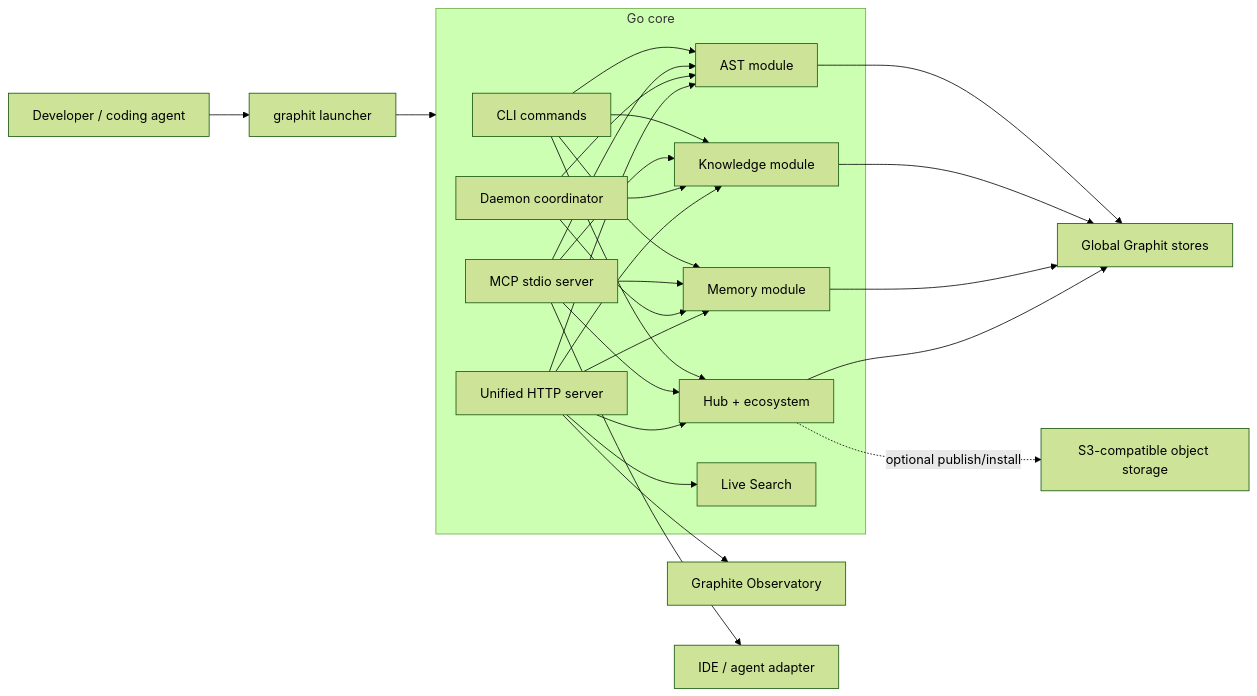
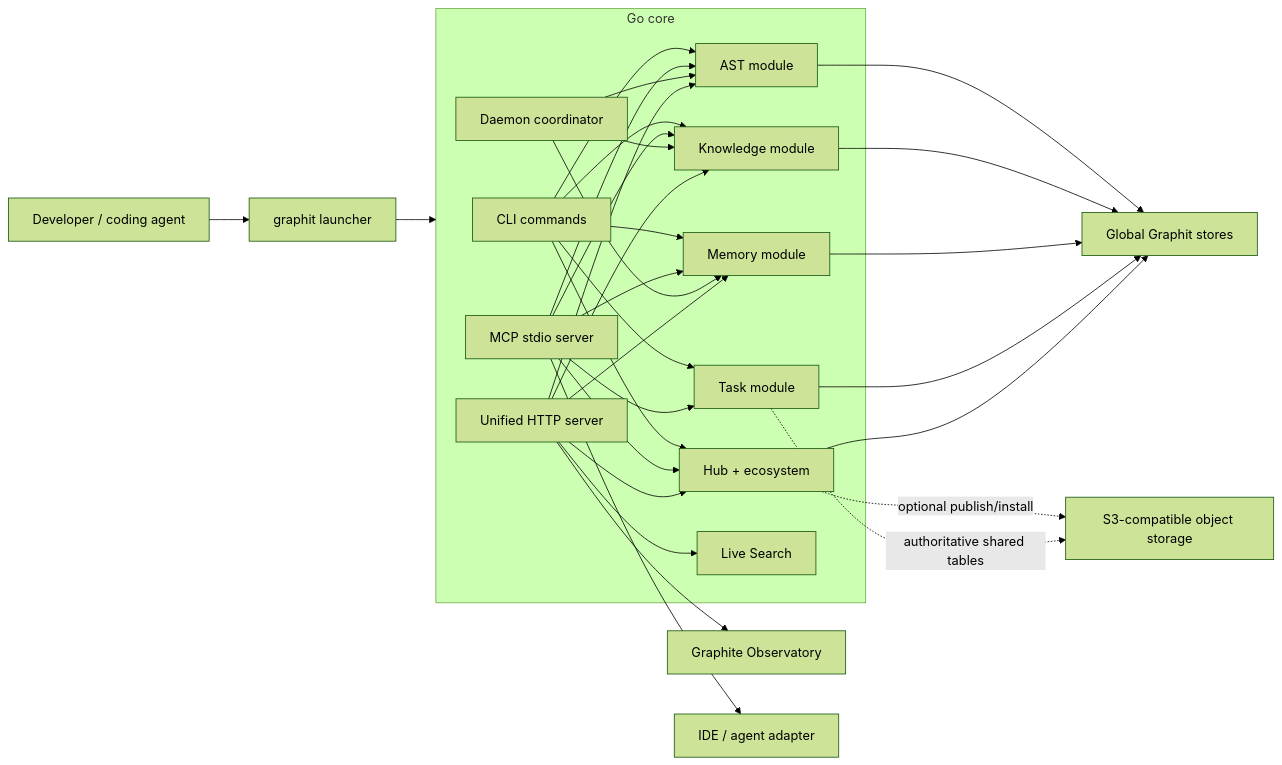
The diagram in docs/architecture/architecture_overview.md (graphit-labs/graphit-code), drawn with Mermaid (forest theme) before and after one commit. The commit also changed other lines of this file and 351 other files, not shown here.

Commit message:
feat(task): add deterministic shared task management

````diff
--- a/docs/architecture/architecture_overview.md
+++ b/docs/architecture/architecture_overview.md
@@ -7,42 +7,47 @@
 ```mermaid
 flowchart LR
     User["Developer / coding agent"] --> Launcher["graphit launcher"]
     Launcher --> Core["graphit-core"]
 
     subgraph Core["Go core"]
       CLI["CLI commands"]
       MCP["MCP stdio server"]
       Daemon["Daemon coordinator"]
       UI["Unified HTTP server"]
       AST["AST module"]
       Knowledge["Knowledge module"]
       Memory["Memory module"]
+      Task["Task module"]
       Hub["Hub + ecosystem"]
       Live["Live Search"]
     end
 
     CLI --> AST
     CLI --> Knowledge
     CLI --> Memory
+    CLI --> Task
     CLI --> Hub
     MCP --> AST
     MCP --> Knowledge
     MCP --> Memory
+    MCP --> Task
     MCP --> Hub
     Daemon --> AST
     Daemon --> Knowledge
     Daemon --> Memory
     UI --> AST
     UI --> Knowledge
     UI --> Memory
     UI --> Hub
     UI --> Live
 
     AST --> Global["Global Graphit stores"]
     Knowledge --> Global
     Memory --> Global
+    Task --> Global
     Hub --> Global
     Hub -. optional publish/install .-> S3["S3-compatible object storage"]
+    Task -. authoritative shared tables .-> S3
     UI --> Browser["Graphite Observatory"]
     MCP --> IDE["IDE / agent adapter"]
 ```
````
